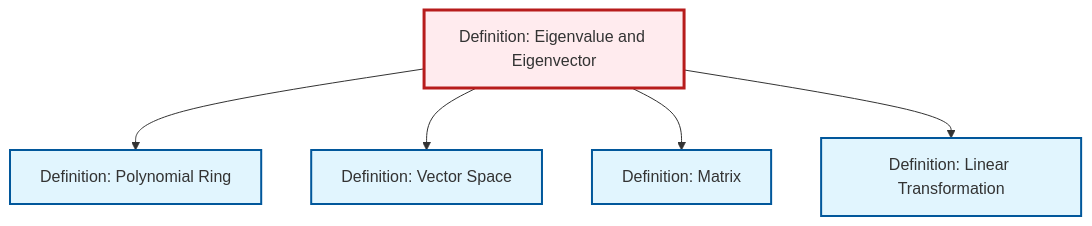
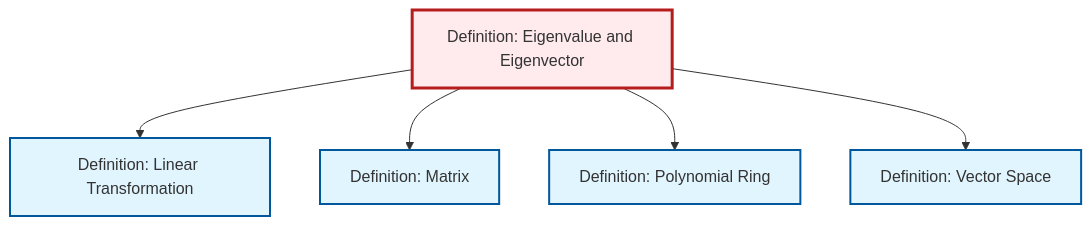
The diagram in content/en/algebra/def-eigenvalue-eigenvector.qmd (RK0429/ModernMath), drawn with Mermaid before and after one commit. The commit also changed other lines of this file and 497 other files, not shown here.

````diff
--- a/content/en/algebra/def-eigenvalue-eigenvector.qmd
+++ b/content/en/algebra/def-eigenvalue-eigenvector.qmd
@@ -73,23 +73,23 @@
 ```{mermaid}
 %%| fig-cap: "Local dependency graph"
 graph TD
     classDef definition fill:#e1f5fe,stroke:#01579b,stroke-width:2px
     classDef theorem fill:#f3e5f5,stroke:#4a148c,stroke-width:2px
     classDef axiom fill:#fff3e0,stroke:#e65100,stroke-width:2px
     classDef example fill:#e8f5e9,stroke:#1b5e20,stroke-width:2px
     classDef current fill:#ffebee,stroke:#b71c1c,stroke-width:3px
+    def-eigenvalue-eigenvector["Definition: Eigenvalue and Eigenvector"]:::definition
     def-vector-space["Definition: Vector Space"]:::definition
-    def-eigenvalue-eigenvector["Definition: Eigenvalue and Eigenvector"]:::definition
-    def-polynomial-ring["Definition: Polynomial Ring"]:::definition
     def-matrix["Definition: Matrix"]:::definition
     def-linear-transformation["Definition: Linear Transformation"]:::definition
+    def-polynomial-ring["Definition: Polynomial Ring"]:::definition
+    def-eigenvalue-eigenvector --> def-linear-transformation
+    def-eigenvalue-eigenvector --> def-matrix
     def-eigenvalue-eigenvector --> def-polynomial-ring
     def-eigenvalue-eigenvector --> def-vector-space
-    def-eigenvalue-eigenvector --> def-matrix
-    def-eigenvalue-eigenvector --> def-linear-transformation
     class def-eigenvalue-eigenvector current
     click def-vector-space "def-vector-space.html" "Go to Vector Space definition"
-    click def-polynomial-ring "def-polynomial-ring.html" "Go to Polynomial Ring definition"
     click def-matrix "def-matrix.html" "Go to Matrix definition"
     click def-linear-transformation "def-linear-transformation.html" "Go to Linear Transformation definition"
+    click def-polynomial-ring "def-polynomial-ring.html" "Go to Polynomial Ring definition"
 ```
````
